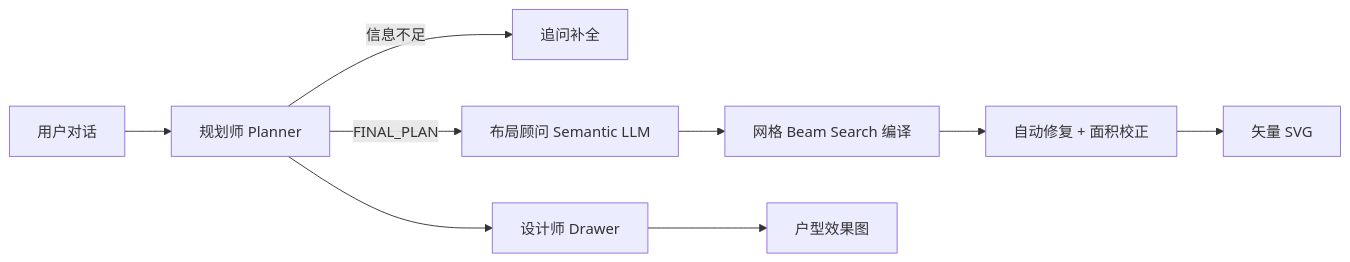
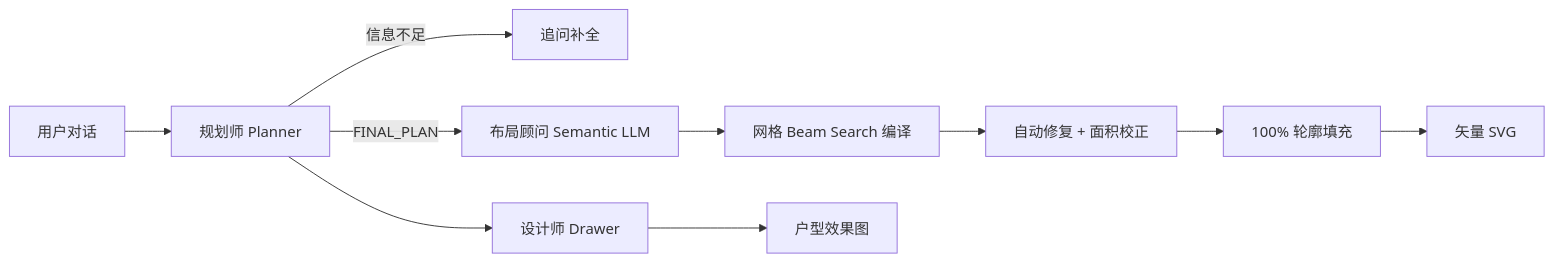
One commit to Iceberg-cloud/FloorPlanWeaver changed the diagram in README.md. Above: the diagram before and after it, drawn with Mermaid. The commit also changed other lines of this file and 34 other files, not shown here.

````diff
--- a/README.md
+++ b/README.md
@@ -113,11 +234,12 @@
 ```mermaid
 flowchart LR
     U[用户对话] --> P[规划师 Planner]
     P -->|信息不足| Q[追问补全]
     P -->|FINAL_PLAN| L[布局顾问 Semantic LLM]
     L --> C[网格 Beam Search 编译]
     C --> R[自动修复 + 面积校正]
-    R --> V[矢量 SVG]
+    R --> F[100% 轮廓填充]
+    F --> V[矢量 SVG]
     P --> D[设计师 Drawer]
     D --> I[户型效果图]
 ```
````
